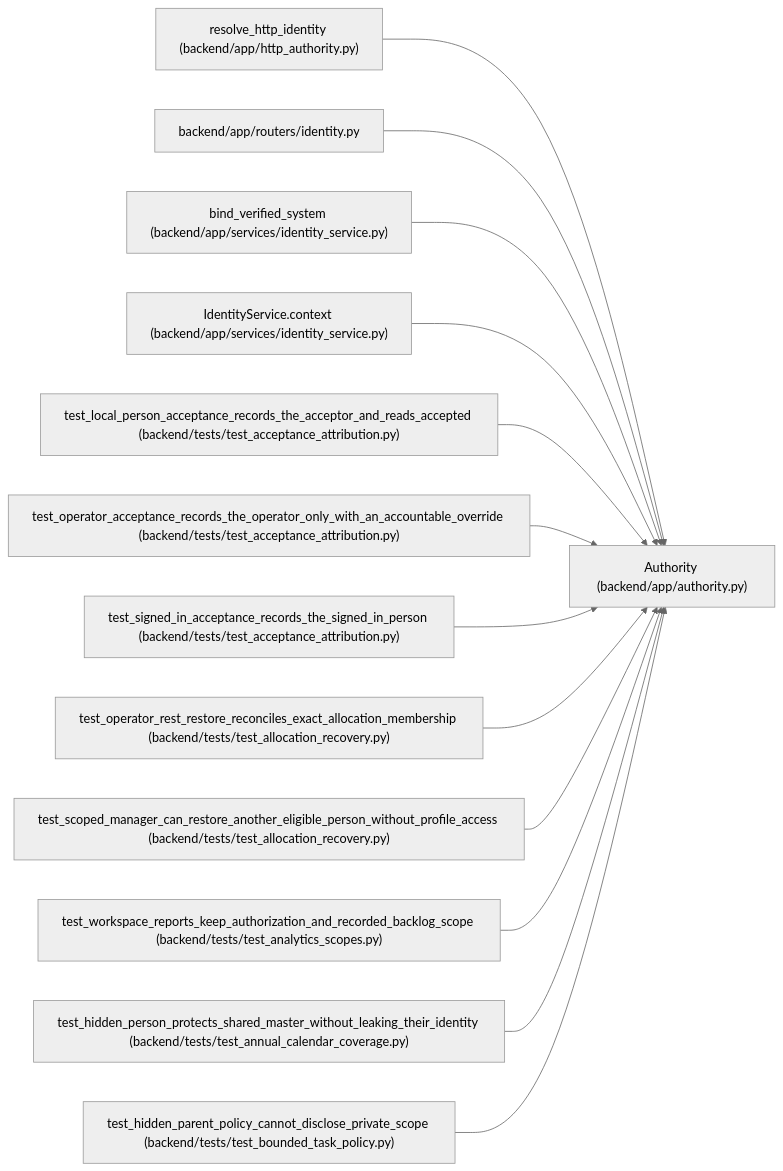
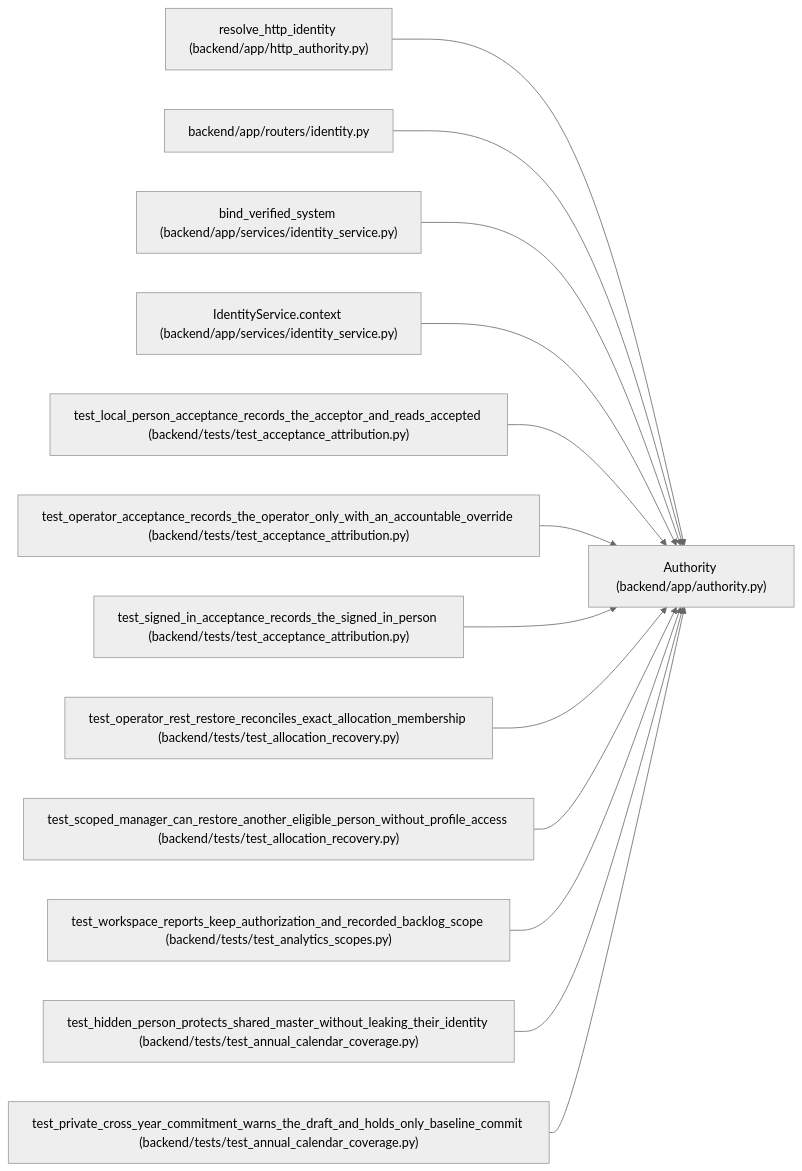
One commit to Denissvgn/WorkChord changed the diagram in docs/llm_wiki/entities/Authority.md. Above: the diagram before and after it, drawn with Mermaid (neutral theme). The commit also changed other lines of this file and 557 other files, not shown here.

Commit message:
Document serialized annual changes and scoped commitment warnings

````diff
--- a/docs/llm_wiki/entities/Authority.md
+++ b/docs/llm_wiki/entities/Authority.md
@@ -46,41 +46,41 @@
 ```mermaid
 flowchart LR
     n0["Authority (backend/app/authority.py)"]
     n1["resolve_http_identity (backend/app/http_authority.py)"]
     n2["backend/app/routers/identity.py"]
     n3["bind_verified_system (backend/app/services/identity_service.py)"]
     n4["IdentityService.context (backend/app/services/identity_service.py)"]
     n5["test_local_person_acceptance_records_the_acceptor_and_reads_accepted (backend/tests/test_acceptance_attribution.py)"]
     n6["test_operator_acceptance_records_the_operator_only_with_an_accountable_override (backend/tests/test_acceptance_attribution.py)"]
     n7["test_signed_in_acceptance_records_the_signed_in_person (backend/tests/test_acceptance_attribution.py)"]
     n8["test_operator_rest_restore_reconciles_exact_allocation_membership (backend/tests/test_allocation_recovery.py)"]
     n9["test_scoped_manager_can_restore_another_eligible_person_without_profile_access (backend/tests/test_allocation_recovery.py)"]
     n10["test_workspace_reports_keep_authorization_and_recorded_backlog_scope (backend/tests/test_analytics_scopes.py)"]
     n11["test_hidden_person_protects_shared_master_without_leaking_their_identity (backend/tests/test_annual_calendar_coverage.py)"]
-    n12["test_hidden_parent_policy_cannot_disclose_private_scope (backend/tests/test_bounded_task_policy.py)"]
+    n12["test_private_cross_year_commitment_warns_the_draft_and_holds_only_baseline_commit (backend/tests/test_annual_calendar_coverage.py)"]
     n1 --> n0
     n2 --> n0
     n3 --> n0
     n4 --> n0
     n5 --> n0
     n6 --> n0
     n7 --> n0
     n8 --> n0
     n9 --> n0
     n10 --> n0
     n11 --> n0
     n12 --> n0
     click n0 "../modules/authority.md"
     click n1 "../modules/http_authority.md"
     click n2 "../modules/routers_identity.md"
     click n3 "../modules/identity_service.md"
     click n4 "../modules/identity_service.md"
     click n5 "../modules/test_acceptance_attribution.md"
     click n6 "../modules/test_acceptance_attribution.md"
     click n7 "../modules/test_acceptance_attribution.md"
     click n8 "../modules/test_allocation_recovery.md"
     click n9 "../modules/test_allocation_recovery.md"
     click n10 "../modules/test_analytics_scopes.md"
     click n11 "../modules/test_annual_calendar_coverage.md"
-    click n12 "../modules/test_bounded_task_policy.md"
+    click n12 "../modules/test_annual_calendar_coverage.md"
 ```
````
